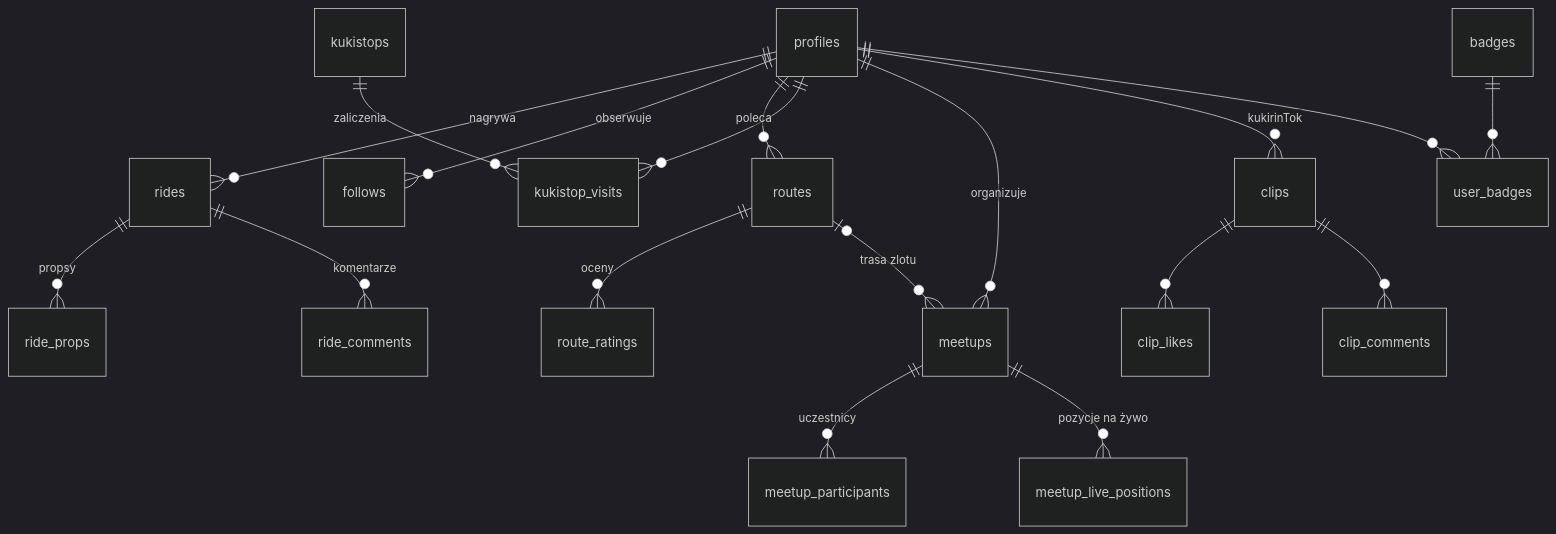
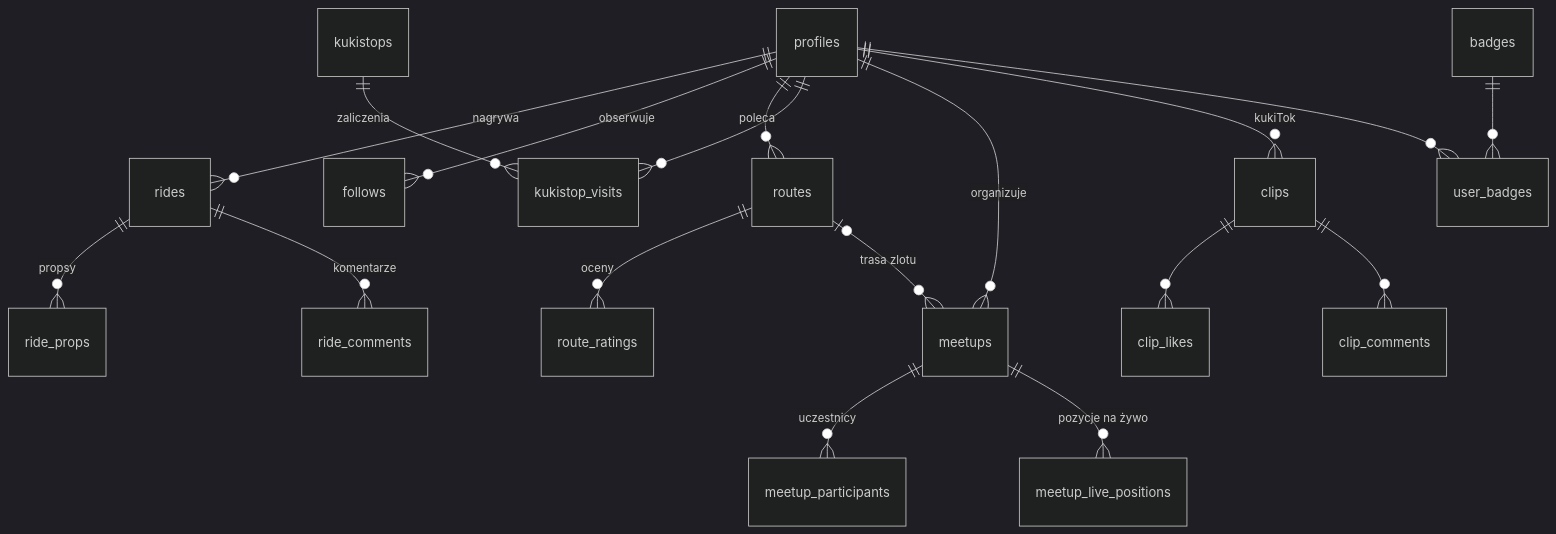
The second of 2 diagrams in docs/ARCHITEKTURA.md (sluchson/KukirinGO), drawn with Mermaid (dark theme) before and after one commit. The commit also changed 8 other files, not shown here.

Commit message:
Nazwa kukiTok zgodna z prezentacją

````diff
--- a/docs/ARCHITEKTURA.md
+++ b/docs/ARCHITEKTURA.md
@@ -32,20 +32,20 @@
 ```mermaid
 erDiagram
     profiles ||--o{ rides : "nagrywa"
     profiles ||--o{ follows : "obserwuje"
     rides ||--o{ ride_props : "propsy"
     rides ||--o{ ride_comments : "komentarze"
     profiles ||--o{ routes : "poleca"
     routes ||--o{ route_ratings : "oceny"
     kukistops ||--o{ kukistop_visits : "zaliczenia"
     profiles ||--o{ kukistop_visits : ""
     profiles ||--o{ meetups : "organizuje"
     meetups ||--o{ meetup_participants : "uczestnicy"
     meetups ||--o{ meetup_live_positions : "pozycje na żywo"
     routes |o--o{ meetups : "trasa zlotu"
-    profiles ||--o{ clips : "kukirinTok"
+    profiles ||--o{ clips : "kukiTok"
     clips ||--o{ clip_likes : ""
     clips ||--o{ clip_comments : ""
     badges ||--o{ user_badges : ""
     profiles ||--o{ user_badges : ""
 ```
````
